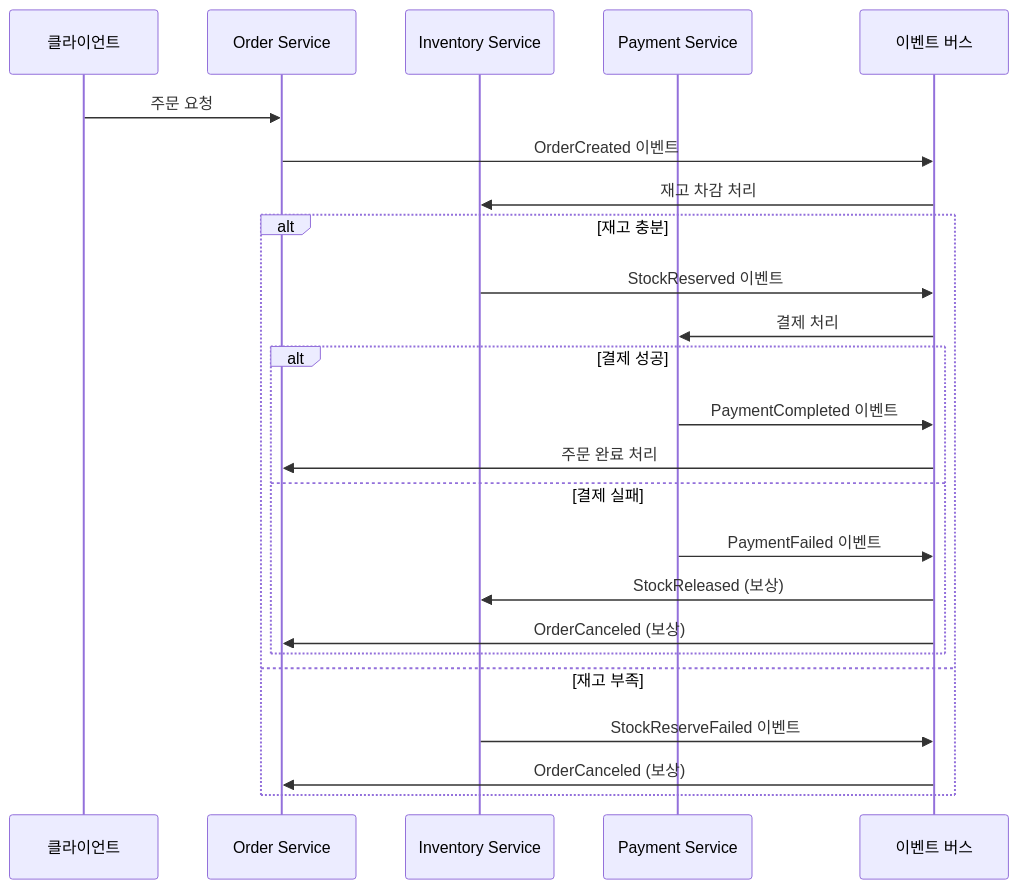
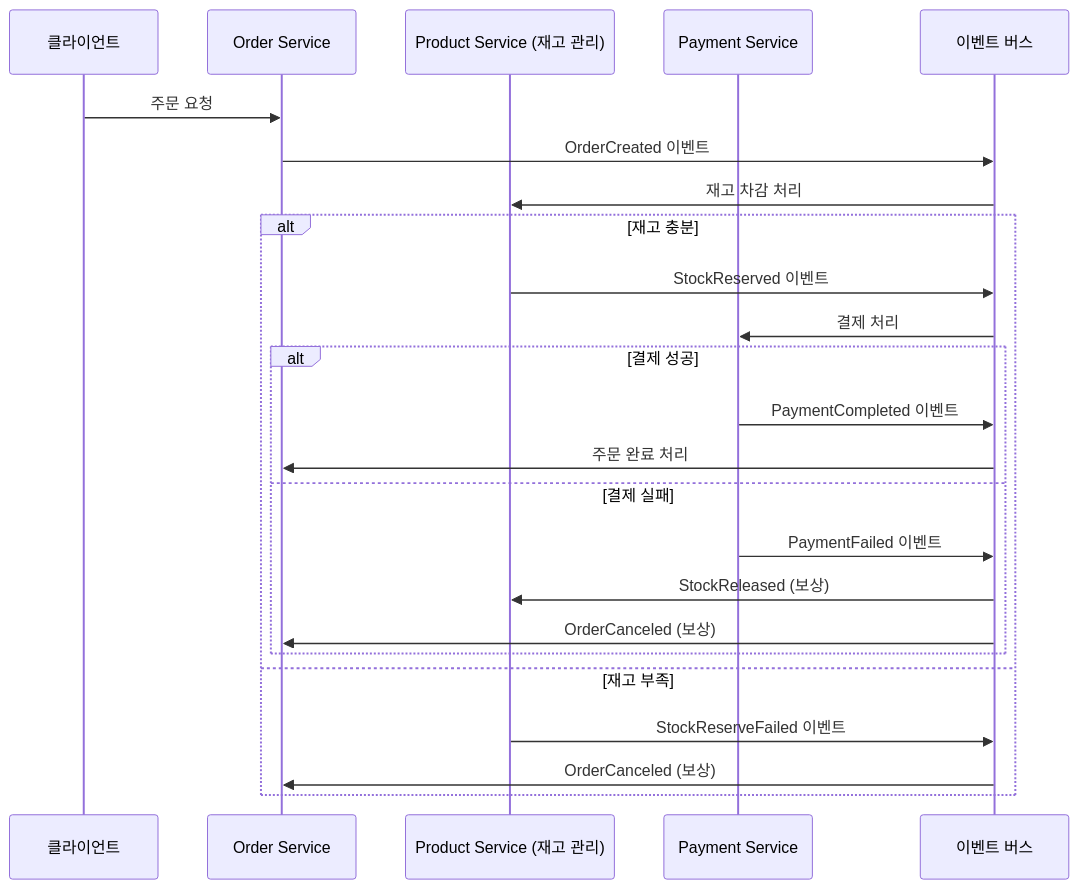
The diagram in docs/event/README.md (gittykittylab/growkitty-backend-server), drawn with Mermaid before and after one commit. The commit also changed other lines of this file, not shown here.

Commit message:
docs(event): README.md 수정

````diff
--- a/docs/event/README.md
+++ b/docs/event/README.md
@@ -78,29 +83,29 @@
 ```mermaid
 sequenceDiagram
     participant Client as 클라이언트
     participant Order as Order Service
-    participant Stock as Inventory Service
+    participant Product as Product Service (재고 관리)
     participant Payment as Payment Service
     participant EventBus as 이벤트 버스
 
     Client->>Order: 주문 요청
     Order->>EventBus: OrderCreated 이벤트
-    EventBus->>Stock: 재고 차감 처리
+    EventBus->>Product: 재고 차감 처리
 
     alt 재고 충분
-        Stock->>EventBus: StockReserved 이벤트
+        Product->>EventBus: StockReserved 이벤트
         EventBus->>Payment: 결제 처리
 
         alt 결제 성공
             Payment->>EventBus: PaymentCompleted 이벤트
             EventBus->>Order: 주문 완료 처리
         else 결제 실패
             Payment->>EventBus: PaymentFailed 이벤트
-            EventBus->>Stock: StockReleased (보상)
+            EventBus->>Product: StockReleased (보상)
             EventBus->>Order: OrderCanceled (보상)
         end
     else 재고 부족
-        Stock->>EventBus: StockReserveFailed 이벤트
+        Product->>EventBus: StockReserveFailed 이벤트
         EventBus->>Order: OrderCanceled (보상)
     end
 ```
````
